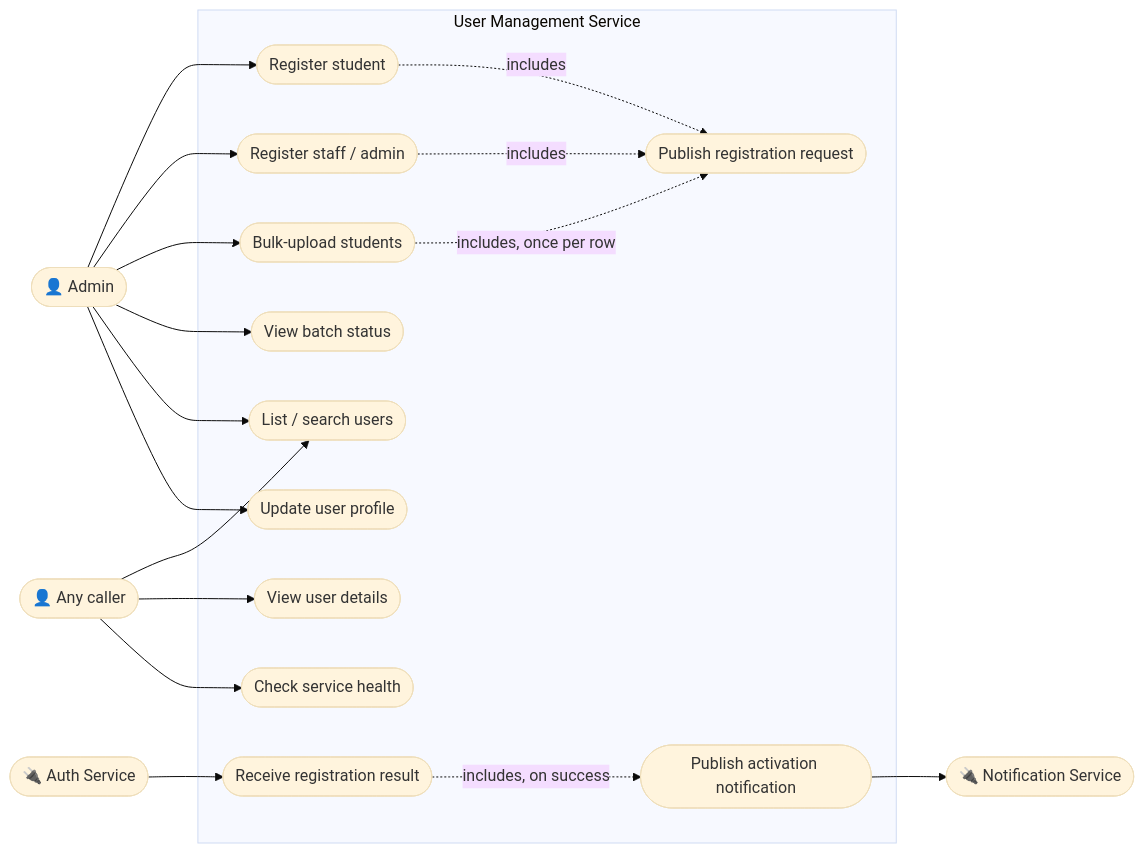
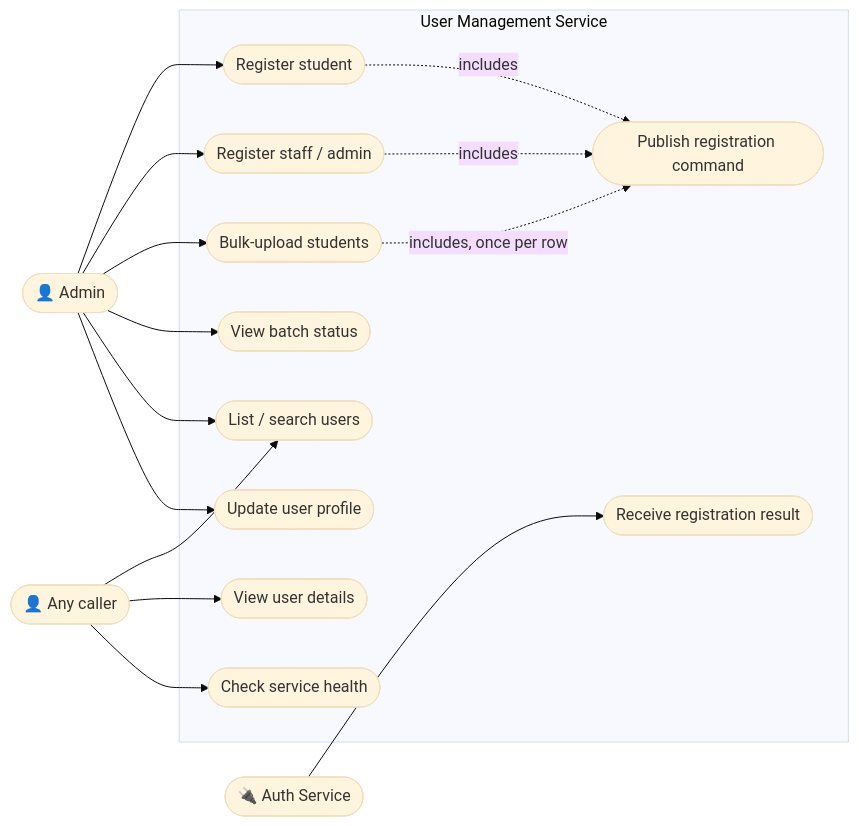
One commit to NanduHasaranga/uom-mis-backend changed the second of 9 diagrams in apps/user-management/docs/DOCUMENTATION.md. Above: the diagram before and after it, drawn with Mermaid (base theme). The commit also changed other lines of this file and 20 other files, not shown here.

````diff
--- a/apps/user-management/docs/DOCUMENTATION.md
+++ b/apps/user-management/docs/DOCUMENTATION.md
@@ -85,39 +90,35 @@
 ```mermaid
 flowchart LR
     Admin(["👤 Admin"])
     Anyone(["👤 Any caller"])
     AuthSvc(["🔌 Auth Service"])
-    NotifSvc(["🔌 Notification Service"])
 
     subgraph System["User Management Service"]
         UC1(["Register student"])
         UC2(["Register staff / admin"])
         UC3(["Bulk-upload students"])
         UC4(["View batch status"])
         UC5(["List / search users"])
         UC6(["View user details"])
         UC7(["Update user profile"])
         UC8(["Check service health"])
-        UC9(["Publish registration request"])
+        UC9(["Publish registration command"])
         UC10(["Receive registration result"])
-        UC11(["Publish activation notification"])
     end
 
     Admin --> UC1
     Admin --> UC2
     Admin --> UC3
     Admin --> UC4
     Admin --> UC5
     Admin --> UC7
     Anyone --> UC5
     Anyone --> UC6
     Anyone --> UC8
 
     UC1 -.->|includes| UC9
     UC2 -.->|includes| UC9
     UC3 -.->|includes, once per row| UC9
 
     AuthSvc --> UC10
-    UC10 -.->|includes, on success| UC11
-    UC11 --> NotifSvc
 ```
````
